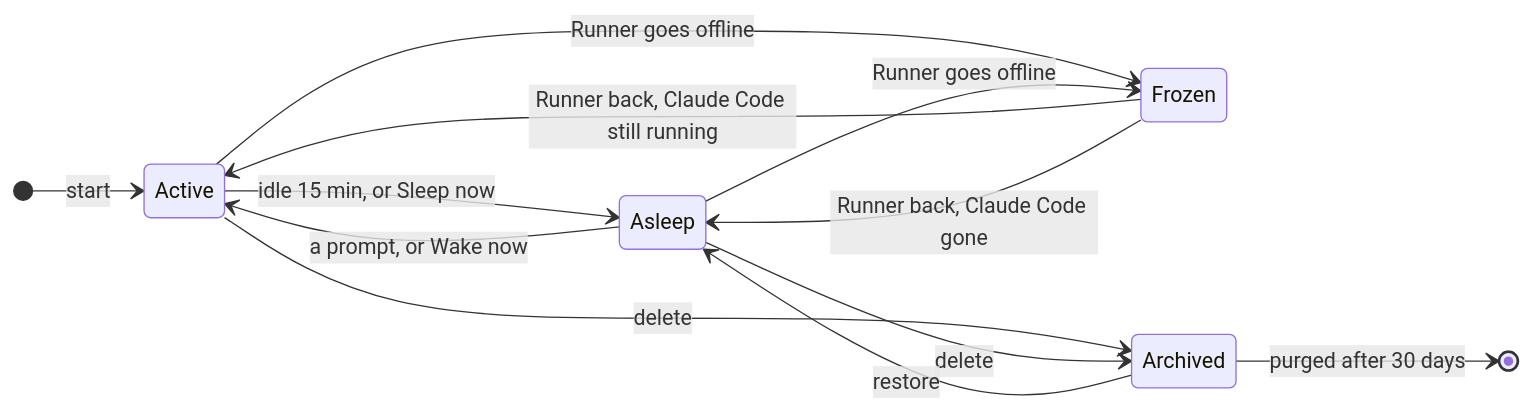
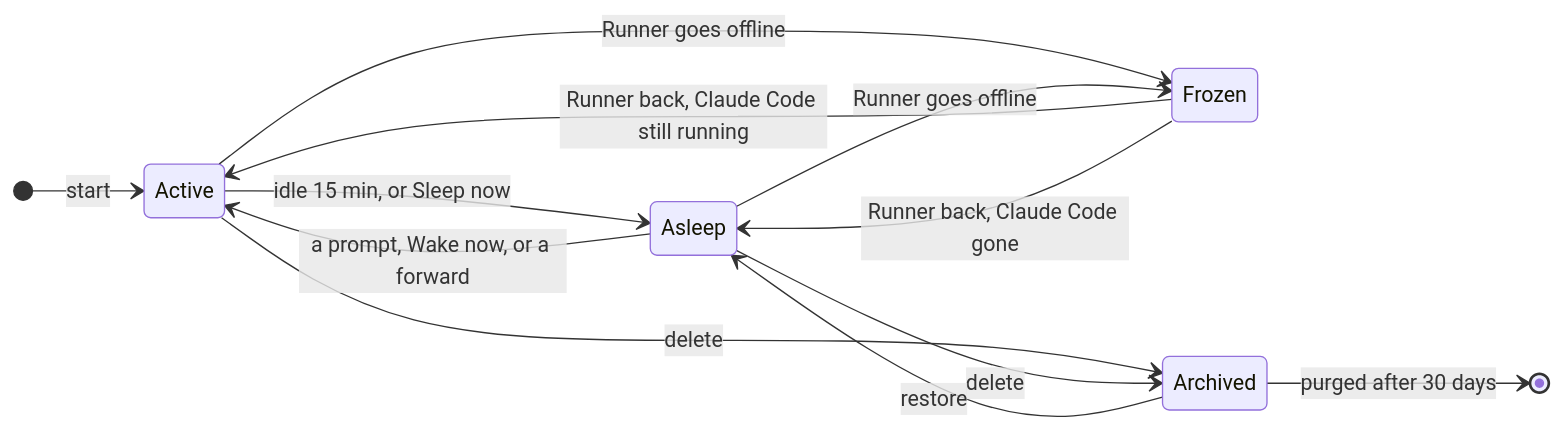
One commit to kddige/kndl changed the diagram in packages/docs/src/content/docs/explanation/session-lifecycle.md. Above: the diagram before and after it, drawn with Mermaid. The commit also changed other lines of this file and 6 other files, not shown here.

````diff
--- a/packages/docs/src/content/docs/explanation/session-lifecycle.md
+++ b/packages/docs/src/content/docs/explanation/session-lifecycle.md
@@ -10,15 +10,15 @@
 ```mermaid
 stateDiagram-v2
   direction LR
   [*] --> Active: start
   Active --> Asleep: idle 15 min, or Sleep now
-  Asleep --> Active: a prompt, or Wake now
+  Asleep --> Active: a prompt, Wake now, or a forward
   Active --> Frozen: Runner goes offline
   Asleep --> Frozen: Runner goes offline
   Frozen --> Active: Runner back, Claude Code still running
   Frozen --> Asleep: Runner back, Claude Code gone
   Active --> Archived: delete
   Asleep --> Archived: delete
   Archived --> Asleep: restore
   Archived --> [*]: purged after 30 days
 ```
````
